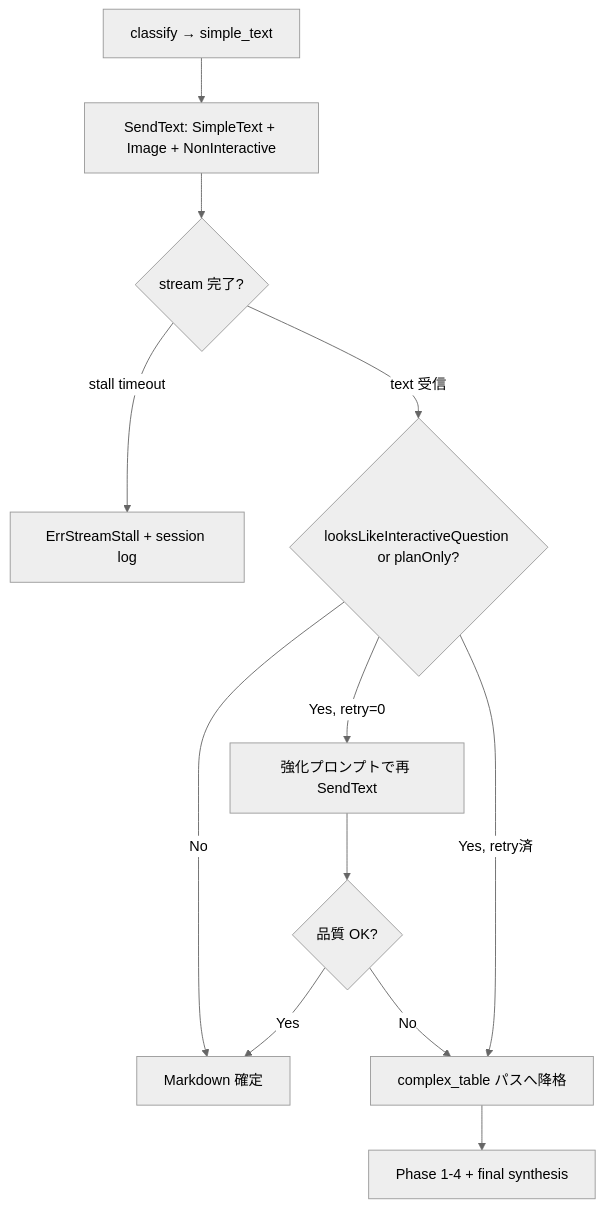
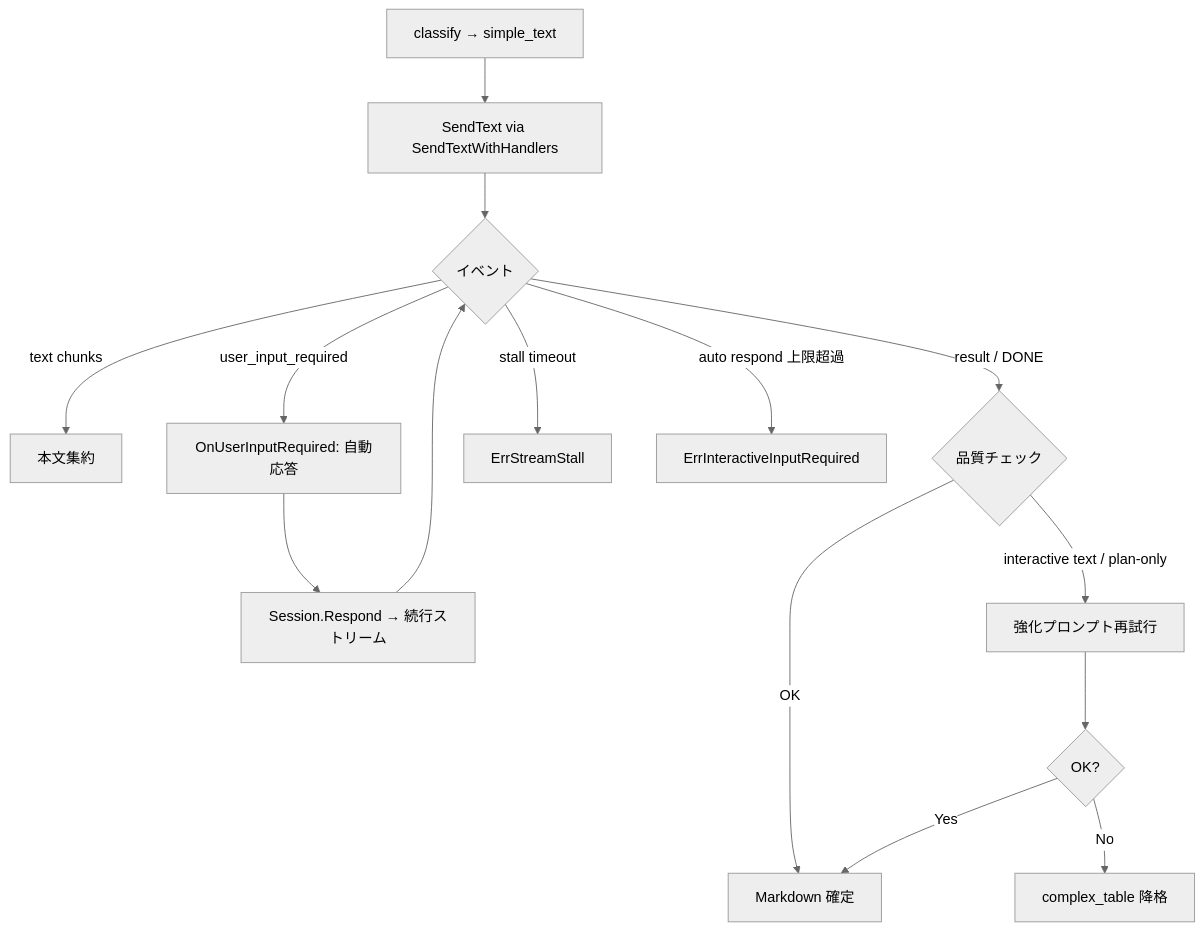
The diagram in prompts/phases/000-foundation/branches/main/ideas/014-ImageToMarkdown-NonInteractiveAgentGuard.md (axsh/entext), drawn with Mermaid (neutral theme) before and after one commit. The commit also changed other lines of this file, not shown here.

First line of the commit message:
docs: revise 014 spec for arctic-tern v0.1.2 interactive handlers

````diff
--- a/prompts/phases/000-foundation/branches/main/ideas/014-ImageToMarkdown-NonInteractiveAgentGuard.md
+++ b/prompts/phases/000-foundation/branches/main/ideas/014-ImageToMarkdown-NonInteractiveAgentGuard.md
@@ -111,14 +123,17 @@
 ```mermaid
 flowchart TD
-    A[classify → simple_text] --> B[SendText: SimpleText + Image + NonInteractive]
-    B --> C{stream 完了?}
-    C -->|stall timeout| D[ErrStreamStall + session log]
-    C -->|text 受信| E{looksLikeInteractiveQuestion or planOnly?}
-    E -->|No| F[Markdown 確定]
-    E -->|Yes, retry=0| G[強化プロンプトで再 SendText]
-    G --> H{品質 OK?}
-    H -->|Yes| F
-    H -->|No| I[complex_table パスへ降格]
-    E -->|Yes, retry済| I
-    I --> J[Phase 1-4 + final synthesis]
+    A[classify → simple_text] --> B[SendText via SendTextWithHandlers]
+    B --> C{イベント}
+    C -->|text chunks| D[本文集約]
+    C -->|user_input_required| E[OnUserInputRequired: 自動応答]
+    E --> F[Session.Respond → 続行ストリーム]
+    F --> C
+    C -->|result / DONE| G{品質チェック}
+    G -->|OK| H[Markdown 確定]
+    G -->|interactive text / plan-only| I[強化プロンプト再試行]
+    I --> J{OK?}
+    J -->|Yes| H
+    J -->|No| K[complex_table 降格]
+    C -->|stall timeout| L[ErrStreamStall]
+    C -->|auto respond 上限超過| M[ErrInteractiveInputRequired]
 ```
````
